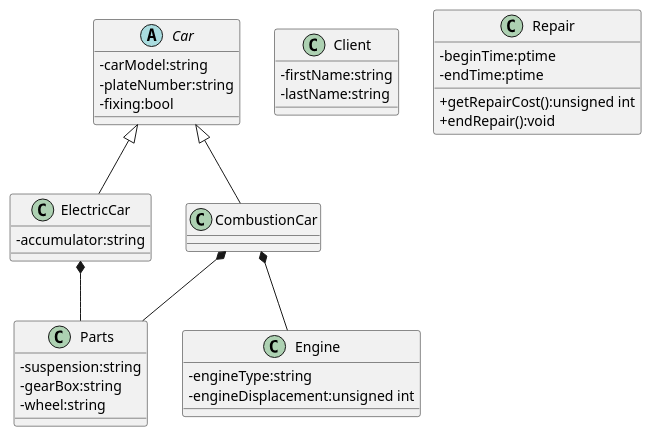
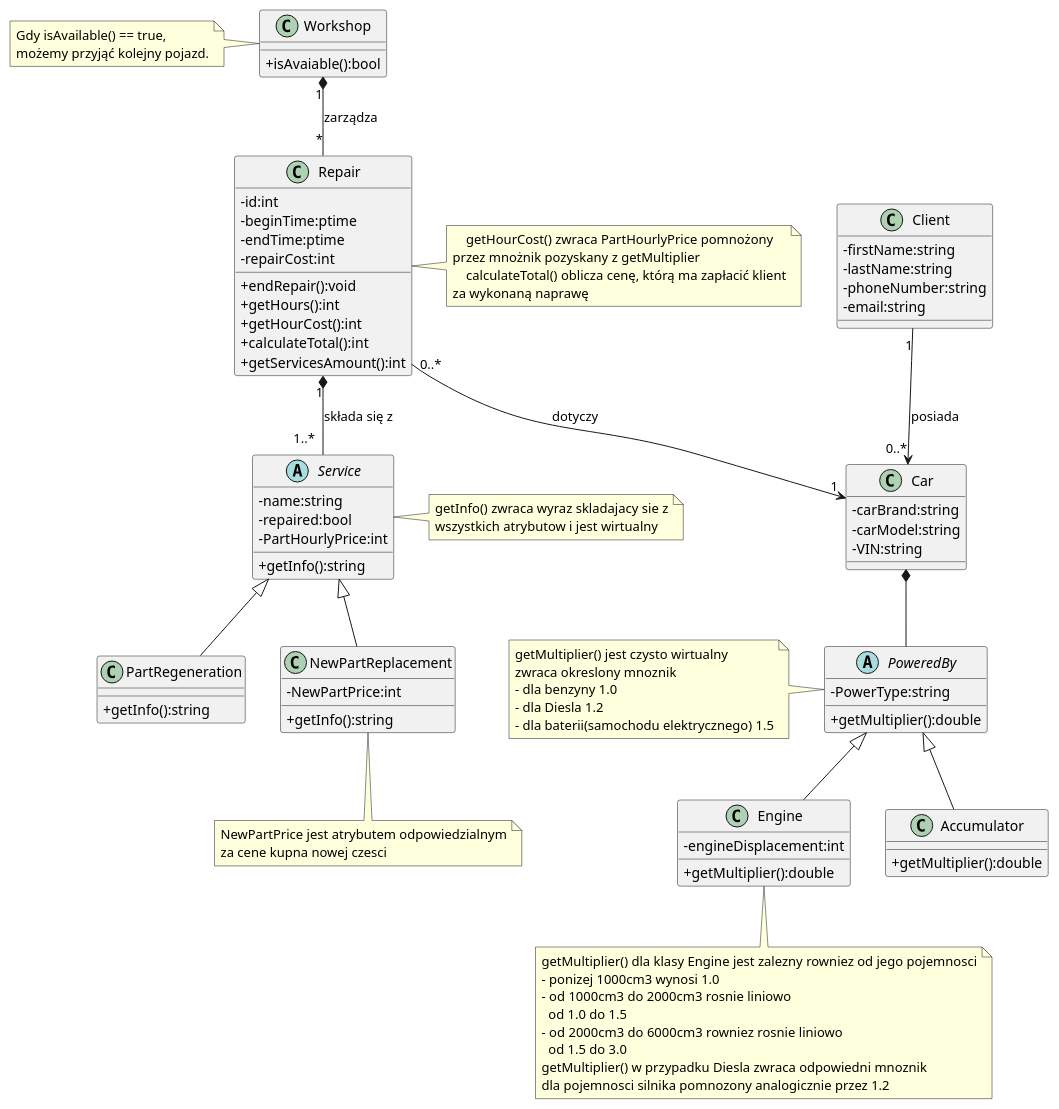
Before and after one commit to cyps0nik/pobi26: the diagram in uml/car_service.puml, drawn with PlantUML.

Commit message:
zmianki w UML

```diff
--- a/uml/car_service.puml
+++ b/uml/car_service.puml
@@ -1,46 +1,98 @@
 @startuml
 'https://plantuml.com/class-diagram
 skinparam classAttributeIconSize 0
-abstract class Car{
+ class Car{
+- carBrand:string
 - carModel:string
-- plateNumber:string
-- fixing:bool
+- VIN:string
 }
+
 class Client{
 - firstName:string
 - lastName:string
-
+- phoneNumber:string
+- email:string
 }
-class CombustionCar{
-
+class Workshop{
++isAvaiable():bool
 }
-class ElectricCar{
-- accumulator:string
-
+note left of Workshop
+Gdy isAvailable() == true,
+możemy przyjąć kolejny pojazd.
+end note
+abstract Service {
+-name:string
+-repaired:bool
+-PartHourlyPrice:int
++getInfo():string
 }
-class Parts{
-- suspension:string
-- gearBox:string
-- wheel:string
+note right of Service
+getInfo() zwraca wyraz skladajacy sie z
+wszystkich atrybutow i jest wirtualny
+end note
+class PartRegeneration{
++getInfo():string
 }
-class Engine{
-- engineType:string
-- engineDisplacement:unsigned int
+class NewPartReplacement{
+-NewPartPrice:int
++getInfo():string
 }
+note bottom of NewPartReplacement
+NewPartPrice jest atrybutem odpowiedzialnym
+za cene kupna nowej czesci
+end note
 class Repair{
+-id:int
 -beginTime:ptime
 -endTime:ptime
-+getRepairCost():unsigned int
+-repairCost:int
 +endRepair():void
++getHours():int
++getHourCost():int
++calculateTotal():int
++getServicesAmount():int
 }
-CombustionCar *-- Engine
-Car <|-- CombustionCar
-Car <|-- ElectricCar
-CombustionCar *-- Parts
-ElectricCar *-- Parts
-
+note right of Repair
+    getHourCost() zwraca PartHourlyPrice pomnożony
+przez mnożnik pozyskany z getMultiplier
+    calculateTotal() oblicza cenę, którą ma zapłacić klient
+za wykonaną naprawę
+end note
+abstract PoweredBy{
+-PowerType:string
++getMultiplier():double
 }
-
-
-
+note left of PoweredBy
+getMultiplier() jest czysto wirtualny
+zwraca okreslony mnoznik
+- dla benzyny 1.0
+- dla Diesla 1.2
+- dla baterii(samochodu elektrycznego) 1.5
+end note
+class Engine{
+-engineDisplacement:int
++getMultiplier():double
+}
+note bottom of Engine
+getMultiplier() dla klasy Engine jest zalezny rowniez od jego pojemnosci
+- ponizej 1000cm3 wynosi 1.0
+- od 1000cm3 do 2000cm3 rosnie liniowo
+  od 1.0 do 1.5
+- od 2000cm3 do 6000cm3 rowniez rosnie liniowo
+  od 1.5 do 3.0
+getMultiplier() w przypadku Diesla zwraca odpowiedni mnoznik
+dla pojemnosci silnika pomnozony analogicznie przez 1.2
+end note
+class Accumulator{
++getMultiplier():double
+}
+Workshop "1" *-- "*" Repair : zarządza
+Client "1" --> "0..*" Car : posiada
+Repair "0..*" --> "1" Car : dotyczy
+Repair "1" *-- "1..*  " Service : składa się z
+Service <|-- NewPartReplacement
+Service <|-- PartRegeneration
+Car *-- PoweredBy
+PoweredBy <|-- Engine
+PoweredBy <|-- Accumulator
 @enduml
```
